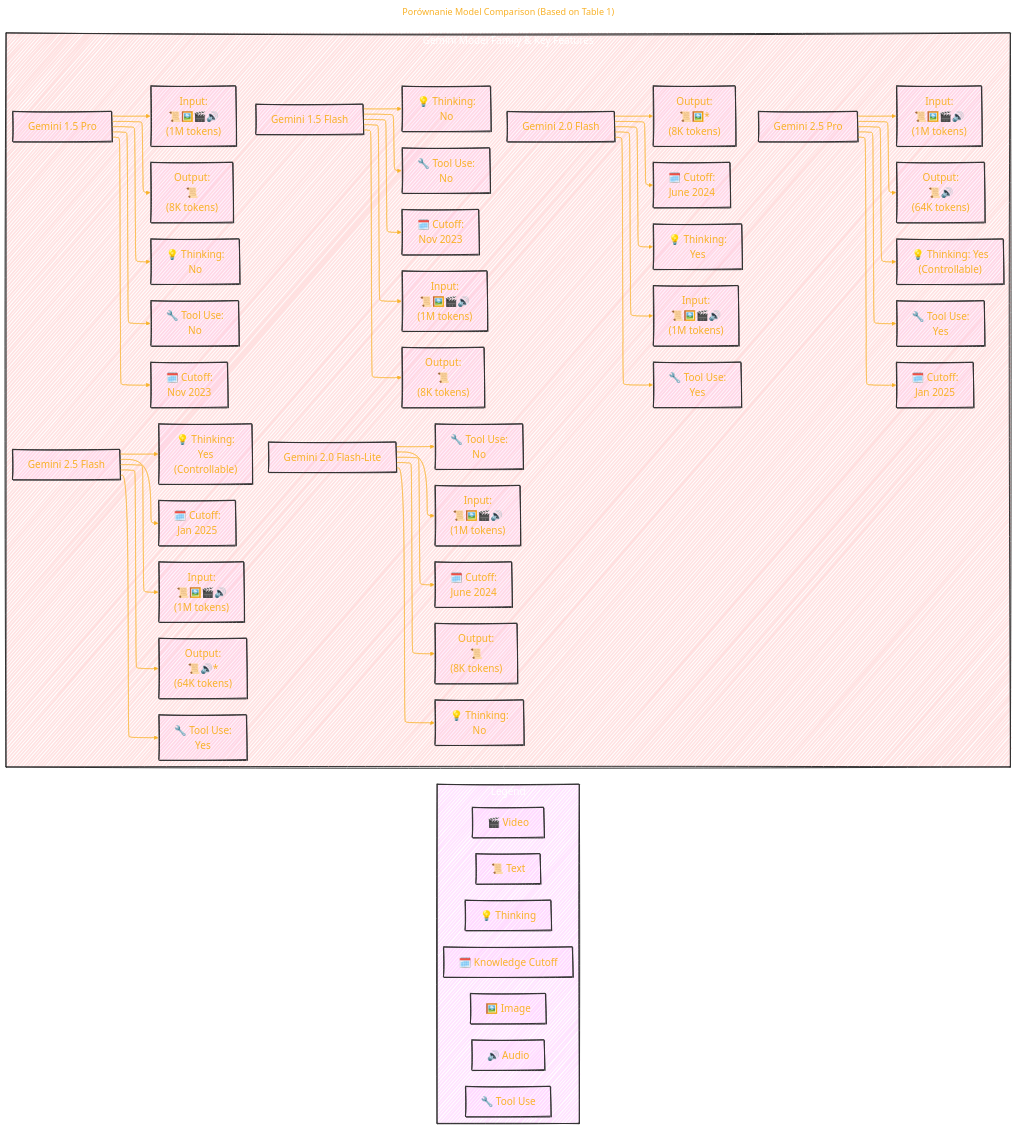
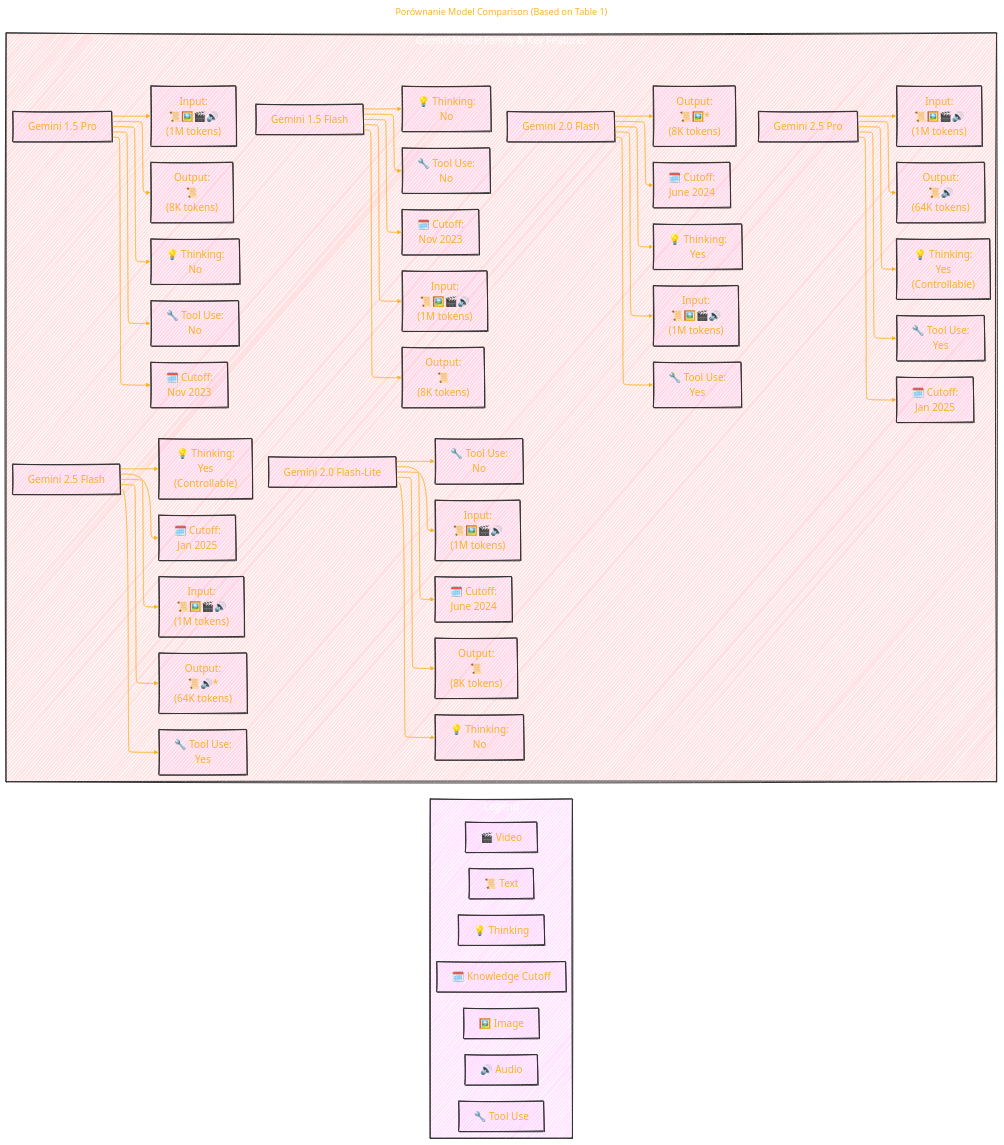
Before and after one commit to CongLeSolutionX/Synthetic-Zooniverse: the first of 11 diagrams in GOOGLE/GEMINI_FAMILY/gemini_v2_5_report.md, drawn with Mermaid.

```diff
--- a/GOOGLE/GEMINI_FAMILY/gemini_v2_5_report.md
+++ b/GOOGLE/GEMINI_FAMILY/gemini_v2_5_report.md
@@ -169,7 +169,7 @@
 
         G2_5P["Gemini 2.5 Pro"] --> F2_5P1["Input:<br/>📜🖼️🎬🔊<br/>(1M tokens)"]
         G2_5P --> F2_5P2["Output:<br/> 📜🔊 <br/>(64K tokens)"]
-        G2_5P --> F2_5P3["💡 Thinking: Yes <br/>(Controllable)"]
+        G2_5P --> F2_5P3["💡 Thinking:<br/> Yes <br/>(Controllable)"]
         G2_5P --> F2_5P4["🔧 Tool Use:<br/>Yes"]
         G2_5P --> F2_5P5["🗓️ Cutoff:<br/>Jan 2025"]
     end
```
